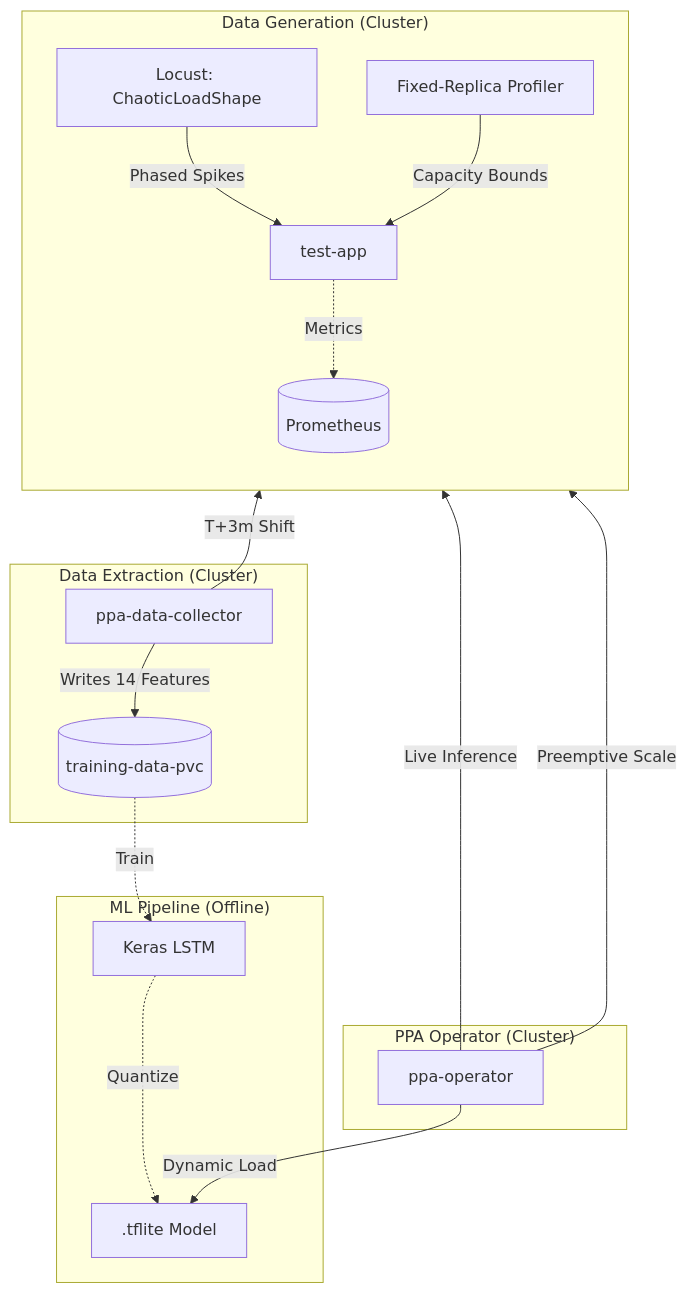
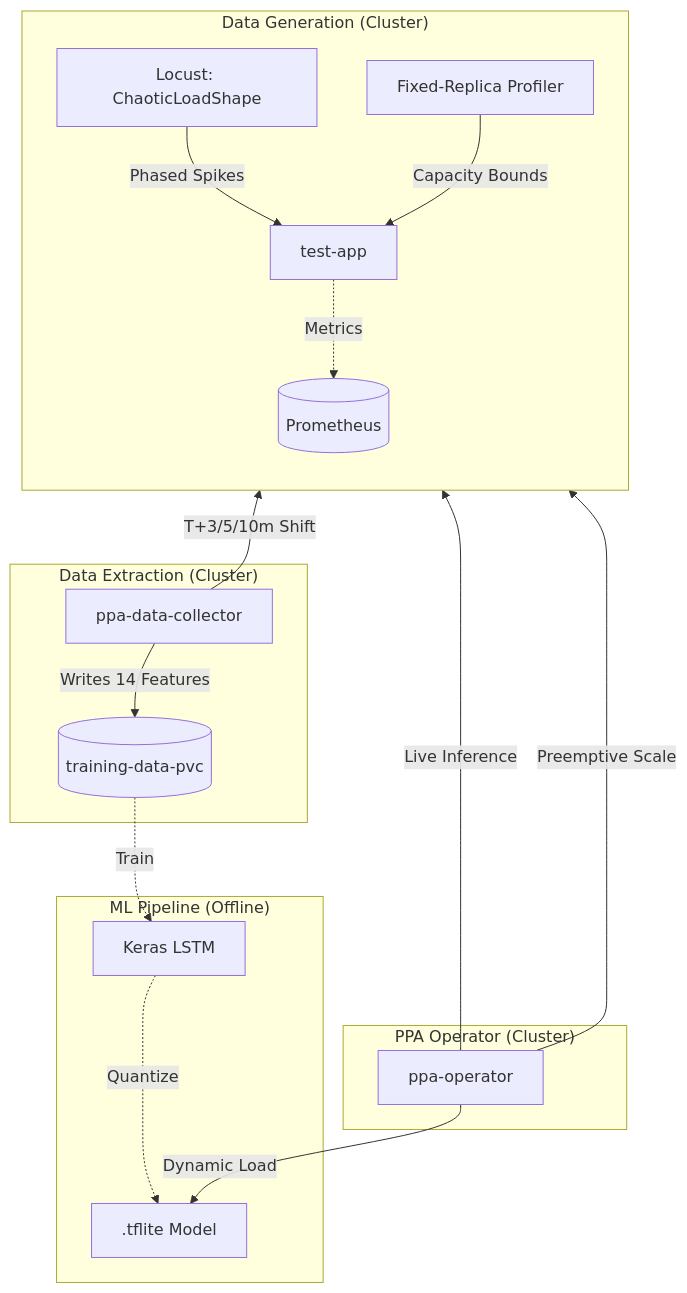
One commit to VatsalUmrania/predictive_pod_autoscaler changed the diagram in docs/architecture.md. Above: the diagram before and after it, drawn with Mermaid. The commit also changed 3 other files, not shown here.

Commit message:
docs(schema): update v2 features list and project documentation

````diff
--- a/docs/architecture.md
+++ b/docs/architecture.md
@@ -36,27 +36,27 @@
 ```mermaid
 flowchart TD
     subgraph DataGeneration ["Data Generation (Cluster)"]
         direction TB
         L1[Locust: ChaoticLoadShape] -->|Phased Spikes| APP[test-app]
         L2[Fixed-Replica Profiler] -->|Capacity Bounds| APP
         APP -.->|Metrics| PROM[(Prometheus)]
     end
 
     subgraph DataExtraction ["Data Extraction (Cluster)"]
-        cron[ppa-data-collector] -->|T+3m Shift| PROM
+        cron[ppa-data-collector] -->|T+3/5/10m Shift| PROM
         cron -->|Writes 14 Features| CSV[(training-data-pvc)]
     end
 
     subgraph MLPipeline ["ML Pipeline (Offline)"]
         CSV -.->|Train| LSTM[Keras LSTM]
         LSTM -.->|Quantize| TFLITE[.tflite Model]
     end
 
     subgraph PPAOperator ["PPA Operator (Cluster)"]
         OP[ppa-operator] -->|Dynamic Load| TFLITE
         OP -->|Live Inference| PROM
         OP -->|Preemptive Scale| APP
     end
 
     DataGeneration ~~~ DataExtraction ~~~ MLPipeline ~~~ PPAOperator
 ```
````
